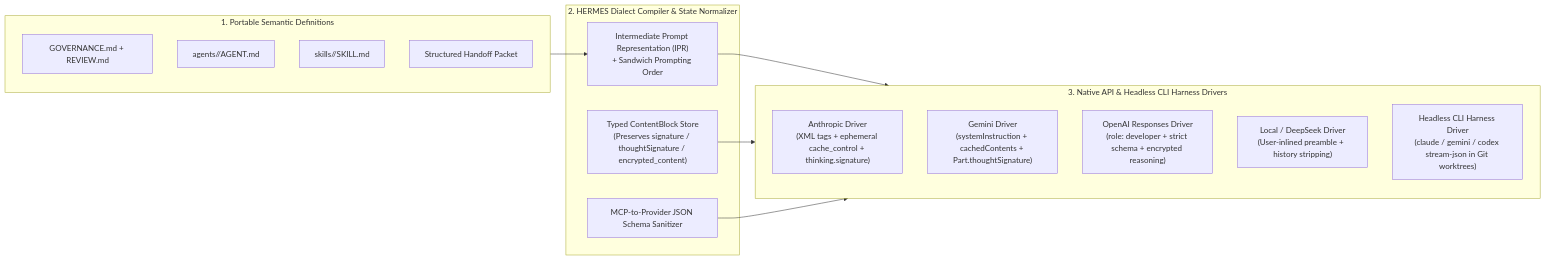
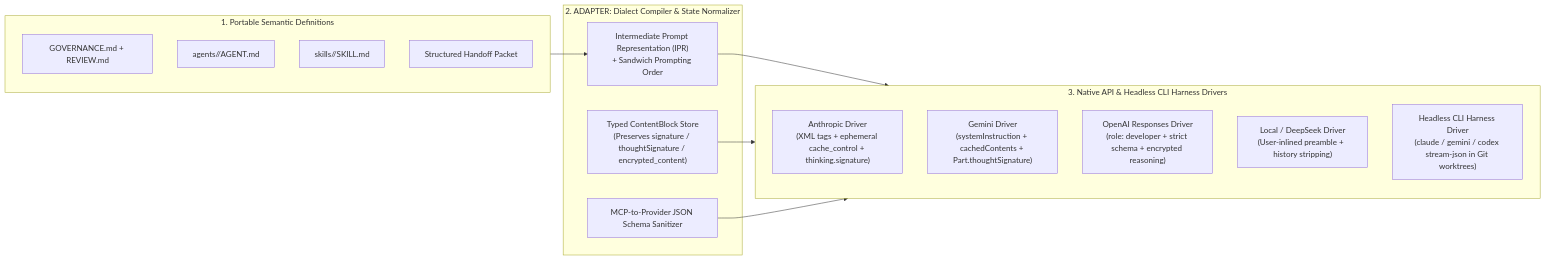
Before and after one commit to jessevondoom/delphi: the first of 2 diagrams in SPEC.md, drawn with Mermaid. The commit also changed other lines of this file and 73 other files, not shown here.

````diff
--- a/SPEC.md
+++ b/SPEC.md
@@ -49,26 +36,26 @@
 ```mermaid
 flowchart LR
     subgraph Source ["1. Portable Semantic Definitions"]
         Gov["GOVERNANCE.md + REVIEW.md"]
-        Agent["agents/<god>/AGENT.md"]
+        Agent["agents/<role>/AGENT.md"]
         Skill["skills/<name>/SKILL.md"]
         Handoff["Structured Handoff Packet"]
     end
 
-    subgraph Hermes ["2. HERMES Dialect Compiler & State Normalizer"]
+    subgraph Adapter ["2. ADAPTER: Dialect Compiler & State Normalizer"]
         IPR["Intermediate Prompt Representation (IPR)\n+ Sandwich Prompting Order"]
         Blocks["Typed ContentBlock Store\n(Preserves signature / thoughtSignature / encrypted_content)"]
         SchemaComp["MCP-to-Provider JSON Schema Sanitizer"]
     end
 
     subgraph Drivers ["3. Native API & Headless CLI Harness Drivers"]
         Anthropic["Anthropic Driver\n(XML tags + ephemeral cache_control + thinking.signature)"]
         Gemini["Gemini Driver\n(systemInstruction + cachedContents + Part.thoughtSignature)"]
         OpenAI["OpenAI Responses Driver\n(role: developer + strict schema + encrypted reasoning)"]
         Local["Local / DeepSeek Driver\n(User-inlined preamble + <think> history stripping)"]
         CLIBridge["Headless CLI Harness Driver\n(claude / gemini / codex stream-json in Git worktrees)"]
     end
 
     Source --> IPR
     IPR & Blocks & SchemaComp --> Drivers
 ```
````
